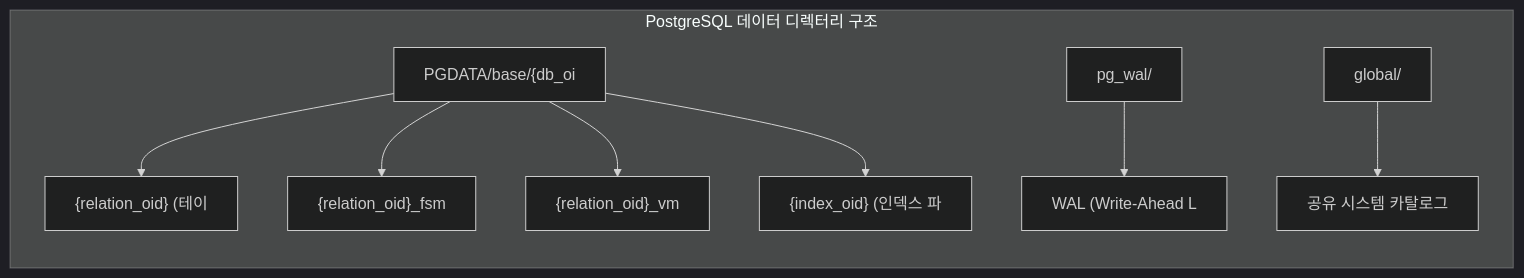
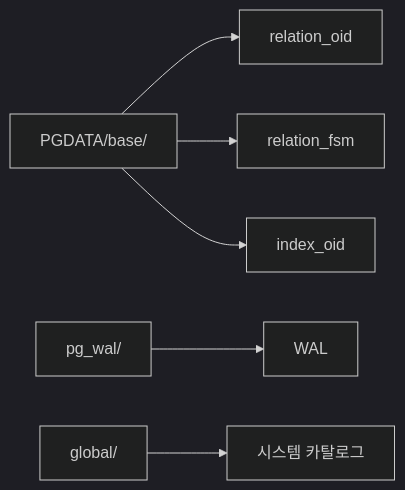
One commit to yjkim2015/yjkim2015.github.io changed the third of 15 diagrams in _posts/db/2026-05-01-db-comparison.md. Above: the diagram before and after it, drawn with Mermaid (dark theme). The commit also changed other lines of this file and 155 other files, not shown here.

First line of the commit message:
Mermaid 전면 수정: subgraph 제거, participant/노드/줄수 축소 (342블록)

````diff
--- a/_posts/db/2026-05-01-db-comparison.md
+++ b/_posts/db/2026-05-01-db-comparison.md
@@ -85,11 +82,8 @@
 ```mermaid
 graph LR
-    subgraph "PostgreSQL 데이터 디렉터리 구조"
-        A["PGDATA/base/{db_oi"] --> B["{relation_oid} (테이"]
-        A --> C["{relation_oid}_fsm"]
-        A --> D["{relation_oid}_vm"]
-        A --> E["{index_oid} (인덱스 파"]
-        F["pg_wal/"] --> G["WAL (Write-Ahead L"]
-        H["global/"] --> I["공유 시스템 카탈로그"]
-    end
+    A["PGDATA/base/"] --> B["relation_oid"]
+    A --> C["relation_fsm"]
+    A --> D["index_oid"]
+    F["pg_wal/"] --> G["WAL"]
+    H["global/"] --> I["시스템 카탈로그"]
 ```
````
